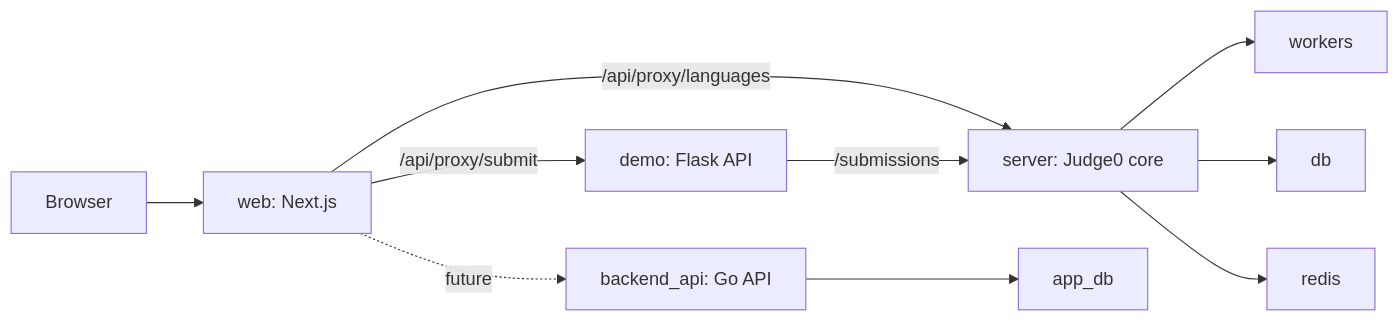
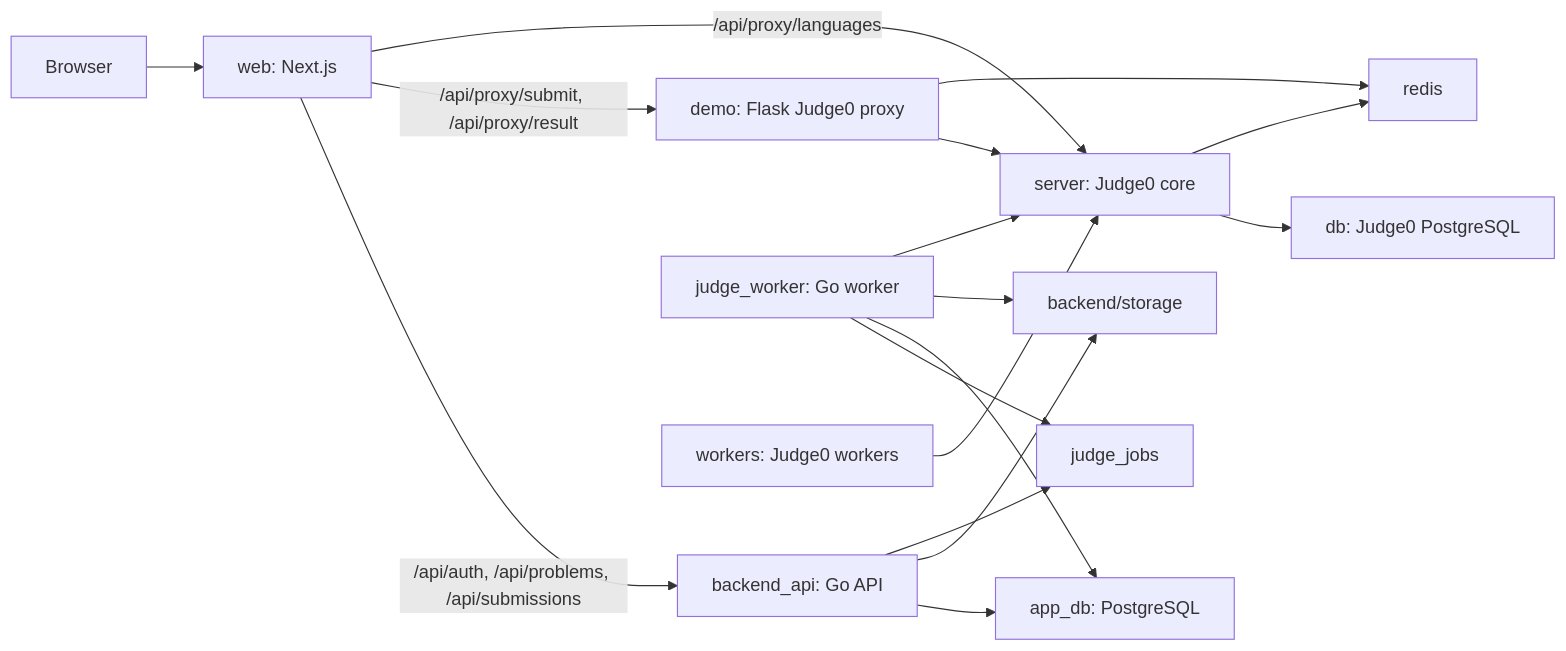
One commit to nae2121/ISC_onlinejudge changed the diagram in README.md. Above: the diagram before and after it, drawn with Mermaid. The commit also changed other lines of this file, not shown here.

````diff
--- a/README.md
+++ b/README.md
@@ -19,12 +54,19 @@
 ```mermaid
 graph LR
   Browser["Browser"] --> Web["web: Next.js"]
-  Web -->|/api/proxy/submit| Demo["demo: Flask API"]
-  Web -->|/api/proxy/languages| Core["server: Judge0 core"]
-  Demo -->|/submissions| Core
-  Core --> Worker["workers"]
-  Core --> DB["db"]
-  Core --> Redis["redis"]
-  Web -.future.-> Backend["backend_api: Go API"]
-  Backend --> AppDB["app_db"]
+  Web -->|/api/auth, /api/problems, /api/submissions| Backend["backend_api: Go API"]
+  Web -->|/api/proxy/submit, /api/proxy/result| Demo["demo: Flask Judge0 proxy"]
+  Web -->|/api/proxy/languages| Judge0["server: Judge0 core"]
+  Backend --> AppDB["app_db: PostgreSQL"]
+  Backend --> Storage["backend/storage"]
+  Backend --> Jobs["judge_jobs"]
+  Worker["judge_worker: Go worker"] --> Jobs
+  Worker --> AppDB
+  Worker --> Storage
+  Worker --> Judge0
+  Demo --> Judge0
+  Demo --> Redis["redis"]
+  Judge0 --> JDB["db: Judge0 PostgreSQL"]
+  Judge0 --> Redis
+  Judge0Workers["workers: Judge0 workers"] --> Judge0
 ```
````
